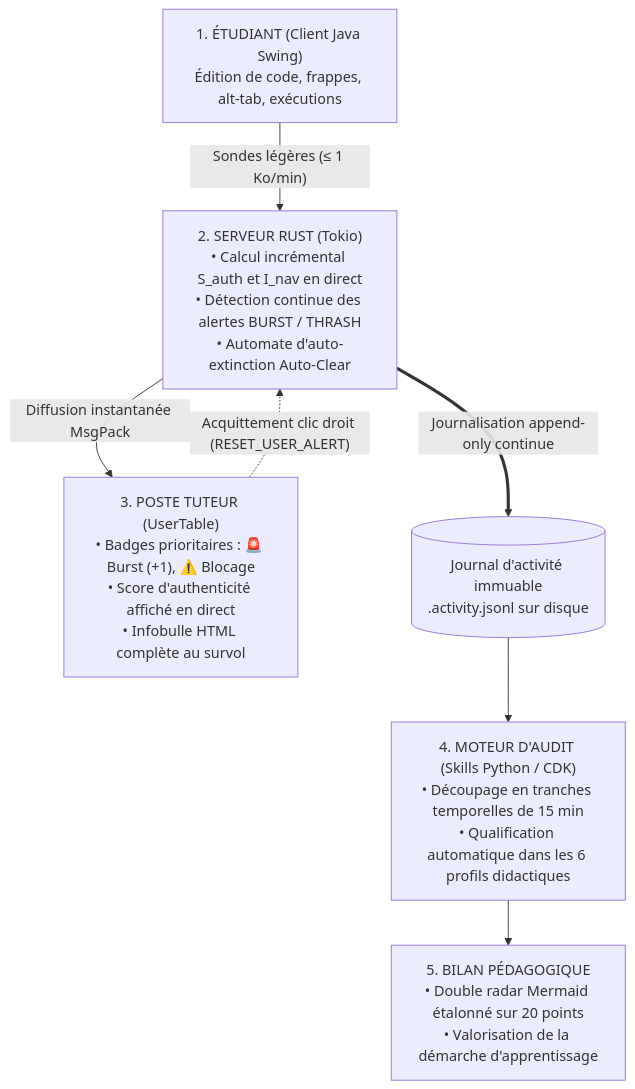
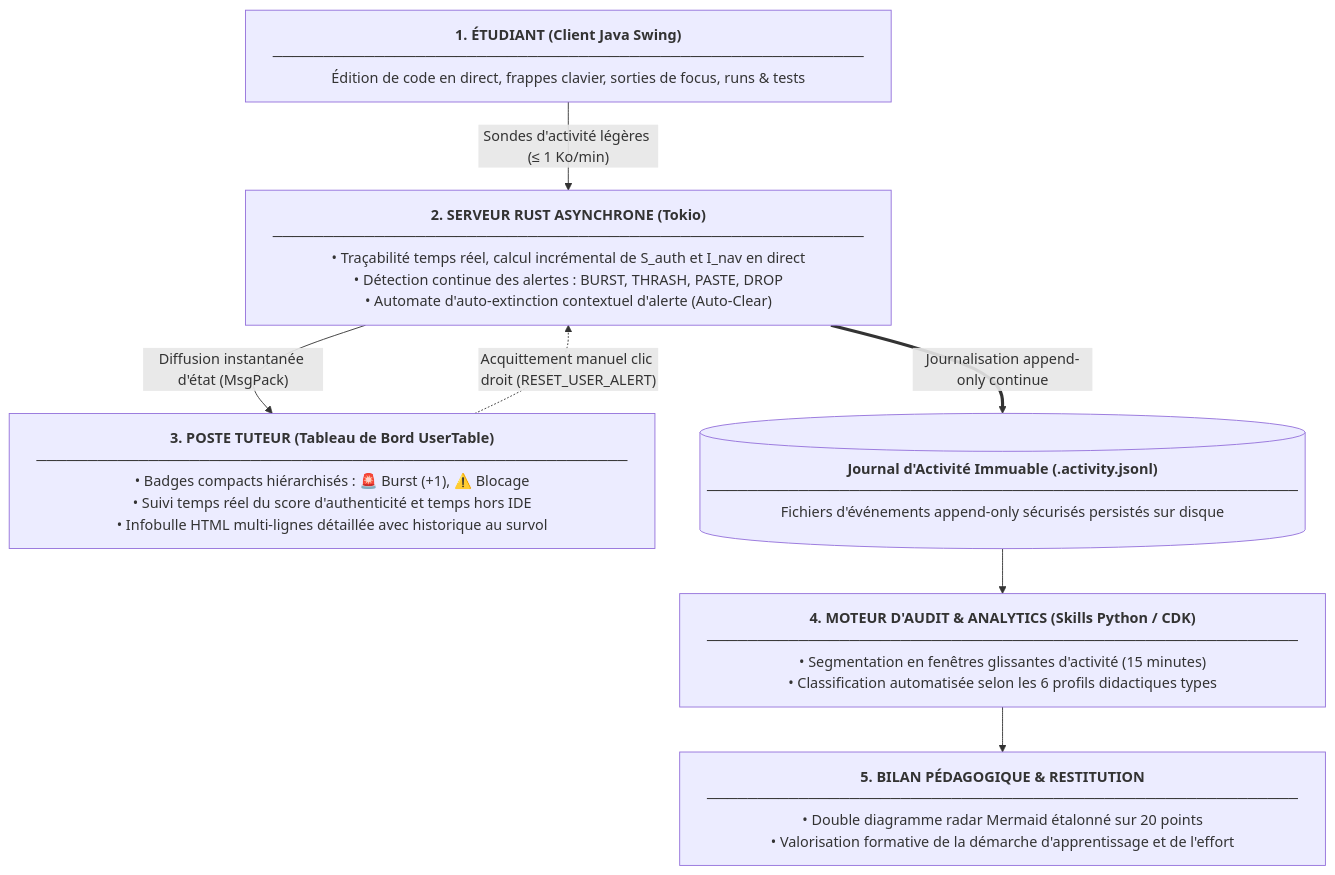
One commit to jlehuen/CodeLab changed the second of 2 diagrams in mkdocs/doc-fr/docs/telemetrie.md. Above: the diagram before and after it, drawn with Mermaid. The commit also changed 1 other file, not shown here.

Commit message:
docs(telemetrie): elargissement et harmonisation des boites du diagramme des flux

````diff
--- a/mkdocs/doc-fr/docs/telemetrie.md
+++ b/mkdocs/doc-fr/docs/telemetrie.md
@@ -34,13 +34,13 @@
 ```mermaid
 flowchart TD
-    E["1. ÉTUDIANT (Client Java Swing)<br/>Édition de code, frappes, alt-tab, exécutions"]
-    -->|"Sondes légères (&le; 1 Ko/min)"| S["2. SERVEUR RUST (Tokio)<br/>• Calcul incrémental S_auth et I_nav en direct<br/>• Détection continue des alertes BURST / THRASH<br/>• Automate d'auto-extinction Auto-Clear"]
+    E["<b>1. ÉTUDIANT (Client Java Swing)</b><br/>──────────────────────────────────────────────────────────<br/>Édition de code en direct, frappes clavier, sorties de focus, runs &amp; tests"]
+    -->|"Sondes d'activité légères (≤ 1 Ko/min)"| S["<b>2. SERVEUR RUST ASYNCHRONE (Tokio)</b><br/>──────────────────────────────────────────────────────────<br/>• Traçabilité temps réel, calcul incrémental de S_auth et I_nav en direct<br/>• Détection continue des alertes : BURST, THRASH, PASTE, DROP<br/>• Automate d'auto-extinction contextuel d'alerte (Auto-Clear)"]
 
-    S -->|"Diffusion instantanée MsgPack"| T["3. POSTE TUTEUR (UserTable)<br/>• Badges prioritaires : 🚨 Burst (+1), ⚠️ Blocage<br/>• Score d'authenticité affiché en direct<br/>• Infobulle HTML complète au survol"]
-    T -.->|"Acquittement clic droit (RESET_USER_ALERT)"| S
+    S -->|"Diffusion instantanée d'état (MsgPack)"| T["<b>3. POSTE TUTEUR (Tableau de Bord UserTable)</b><br/>──────────────────────────────────────────────────────────<br/>• Badges compacts hiérarchisés : 🚨 Burst (+1), ⚠️ Blocage<br/>• Suivi temps réel du score d'authenticité et temps hors IDE<br/>• Infobulle HTML multi-lignes détaillée avec historique au survol"]
+    T -.->|"Acquittement manuel clic droit (RESET_USER_ALERT)"| S
 
-    S ==>|"Journalisation append-only continue"| J[("Journal d'activité immuable<br/>.activity.jsonl sur disque")]
+    S ==>|"Journalisation append-only continue"| J[("<b>Journal d'Activité Immuable (.activity.jsonl)</b><br/>──────────────────────────────────────────────────────────<br/>Fichiers d'événements append-only sécurisés persistés sur disque")]
 
-    J --> A["4. MOTEUR D'AUDIT (Skills Python / CDK)<br/>• Découpage en tranches temporelles de 15 min<br/>• Qualification automatique dans les 6 profils didactiques"]
-    A --> R["5. BILAN PÉDAGOGIQUE<br/>• Double radar Mermaid étalonné sur 20 points<br/>• Valorisation de la démarche d'apprentissage"]
+    J --> A["<b>4. MOTEUR D'AUDIT &amp; ANALYTICS (Skills Python / CDK)</b><br/>──────────────────────────────────────────────────────────<br/>• Segmentation en fenêtres glissantes d'activité (15 minutes)<br/>• Classification automatisée selon les 6 profils didactiques types"]
+    A --> R["<b>5. BILAN PÉDAGOGIQUE &amp; RESTITUTION</b><br/>──────────────────────────────────────────────────────────<br/>• Double diagramme radar Mermaid étalonné sur 20 points<br/>• Valorisation formative de la démarche d'apprentissage et de l'effort"]
 ```
````
